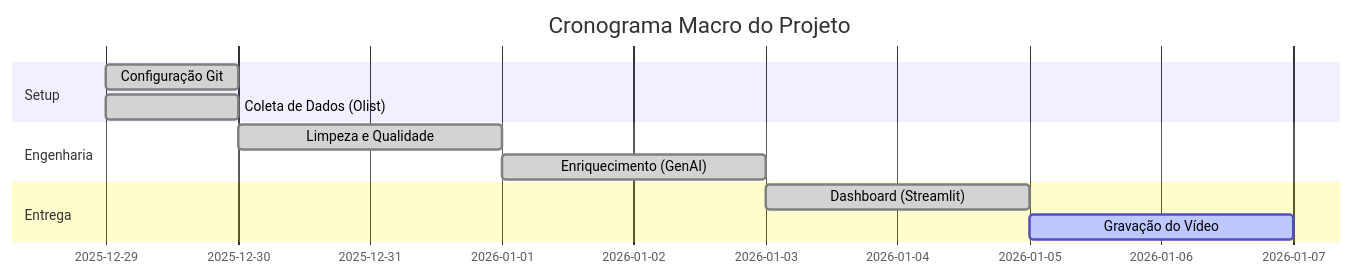
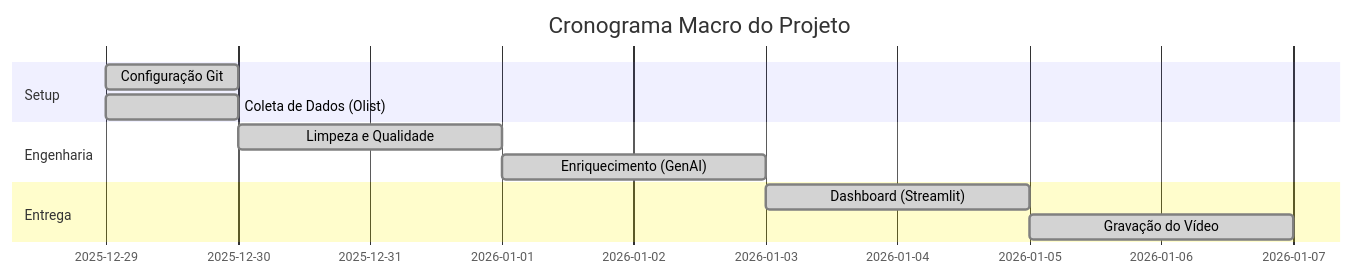
Before and after one commit to Luizrev/LUIZ_SOUZA_DDF_TECH_122025: the diagram in docs/planejamento.md, drawn with Mermaid. The commit also changed other lines of this file, not shown here.

Commit message:
Atualizando o planejamento

````diff
--- a/docs/planejamento.md
+++ b/docs/planejamento.md
@@ -27,14 +26,14 @@
 ```mermaid
 gantt
     title Cronograma Macro do Projeto
     dateFormat  YYYY-MM-DD
     section Setup
     Configuração Git          :done,    des1, 2025-12-29, 1d
     Coleta de Dados (Olist)   :done,    des2, 2025-12-29, 1d
     section Engenharia
     Limpeza e Qualidade       :done,  des3, after des2, 2d
     Enriquecimento (GenAI)    :done,des4, after des3, 2d
     section Entrega
     Dashboard (Streamlit)     :done,  des5, after des4, 2d
-    Gravação do Vídeo         :active,des6, after des5, 2d
+    Gravação do Vídeo         :done,  des6, after des5, 2d
 ```
````
